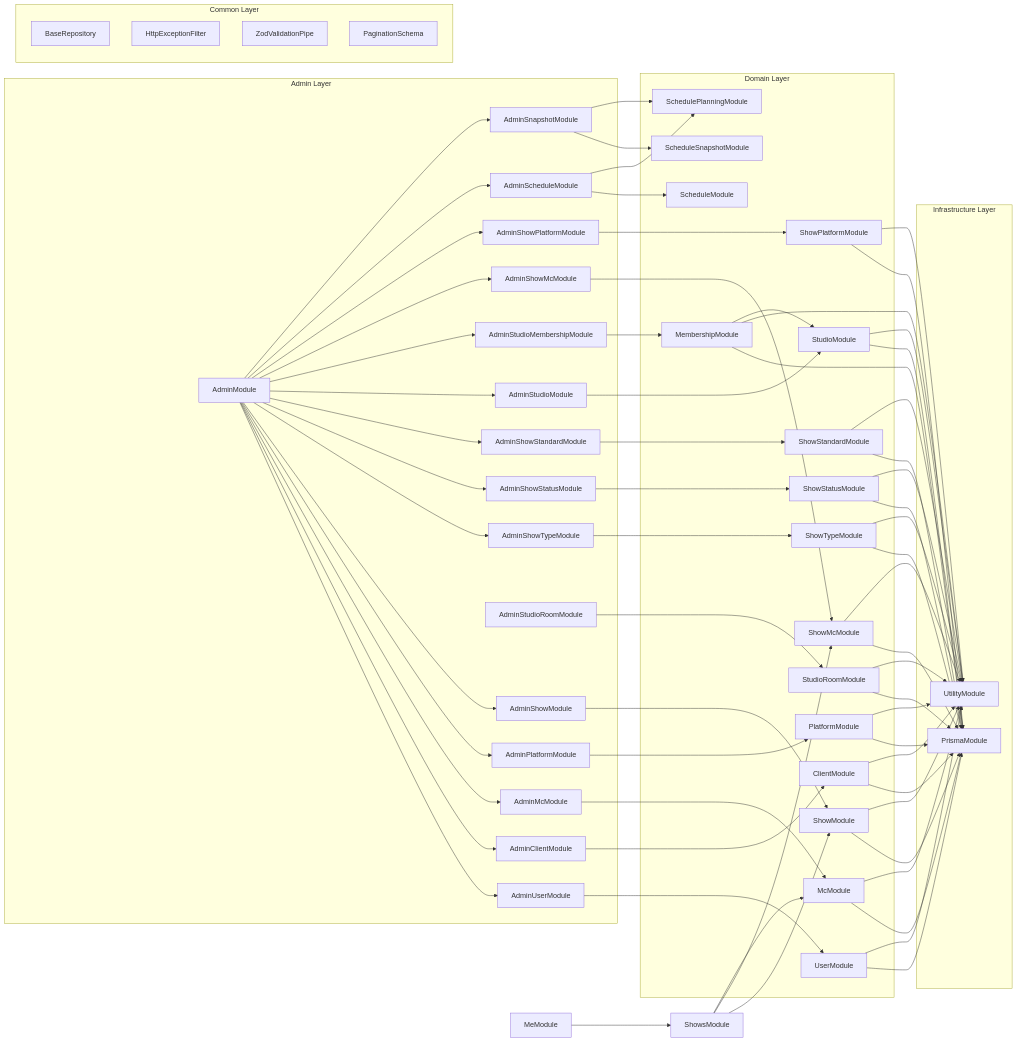
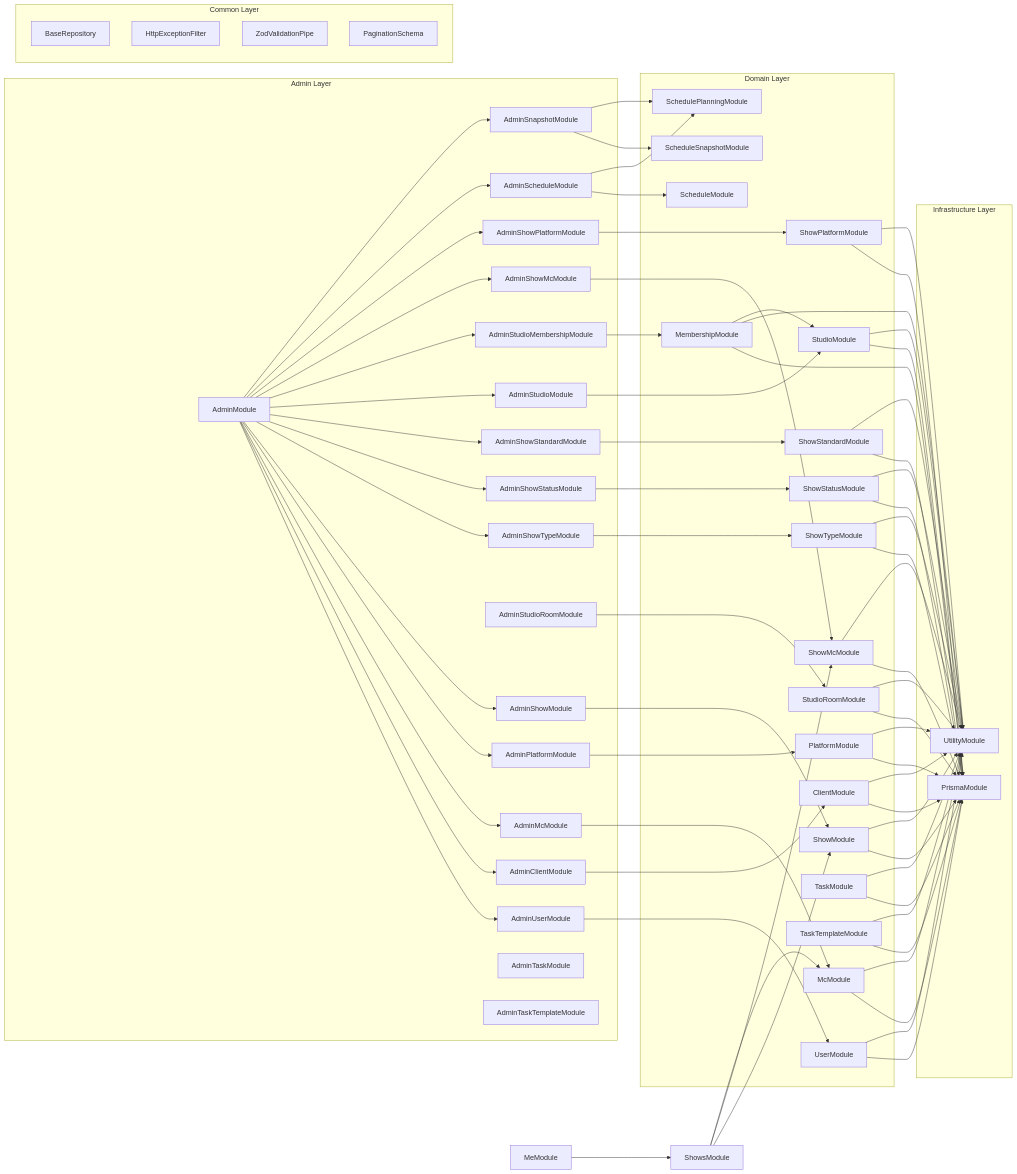
The second of 6 diagrams in apps/erify_api/docs/ARCHITECTURE.md (allenlin90/eridu-services), drawn with Mermaid before and after one commit. The commit also changed other lines of this file and 196 other files, not shown here.

```diff
--- a/apps/erify_api/docs/ARCHITECTURE.md
+++ b/apps/erify_api/docs/ARCHITECTURE.md
@@ -170,6 +184,8 @@
         AdminShowPlatformModule
         AdminScheduleModule
         AdminSnapshotModule
+        AdminTaskModule
+        AdminTaskTemplateModule
     end
 
     subgraph "Domain Layer"
@@ -188,7 +204,10 @@
         ShowPlatformModule
         ScheduleModule
         ScheduleSnapshotModule
+        ScheduleSnapshotModule
         SchedulePlanningModule
+        TaskModule
+        TaskTemplateModule
     end
 
     subgraph "Infrastructure Layer"
@@ -245,6 +264,12 @@
     UserModule --> PrismaModule
     UserModule --> UtilityModule
 
+    TaskModule --> PrismaModule
+    TaskModule --> UtilityModule
+    
+    TaskTemplateModule --> PrismaModule
+    TaskTemplateModule --> UtilityModule
+
     ClientModule --> PrismaModule
     ClientModule --> UtilityModule
 
```
